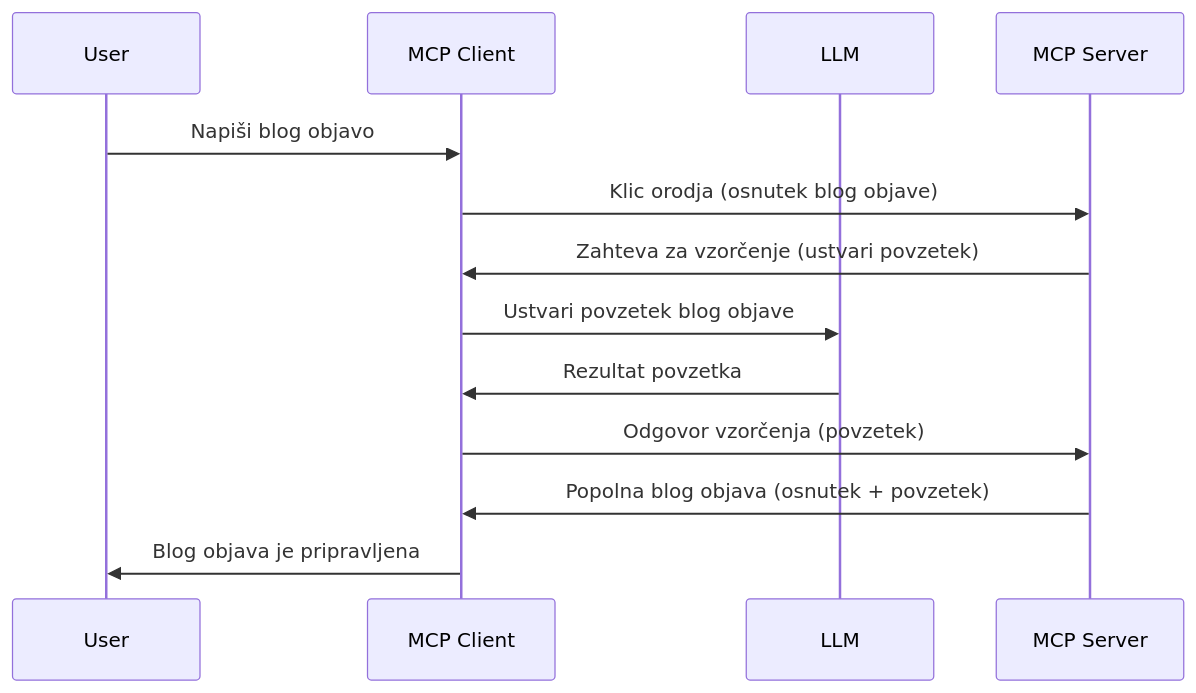
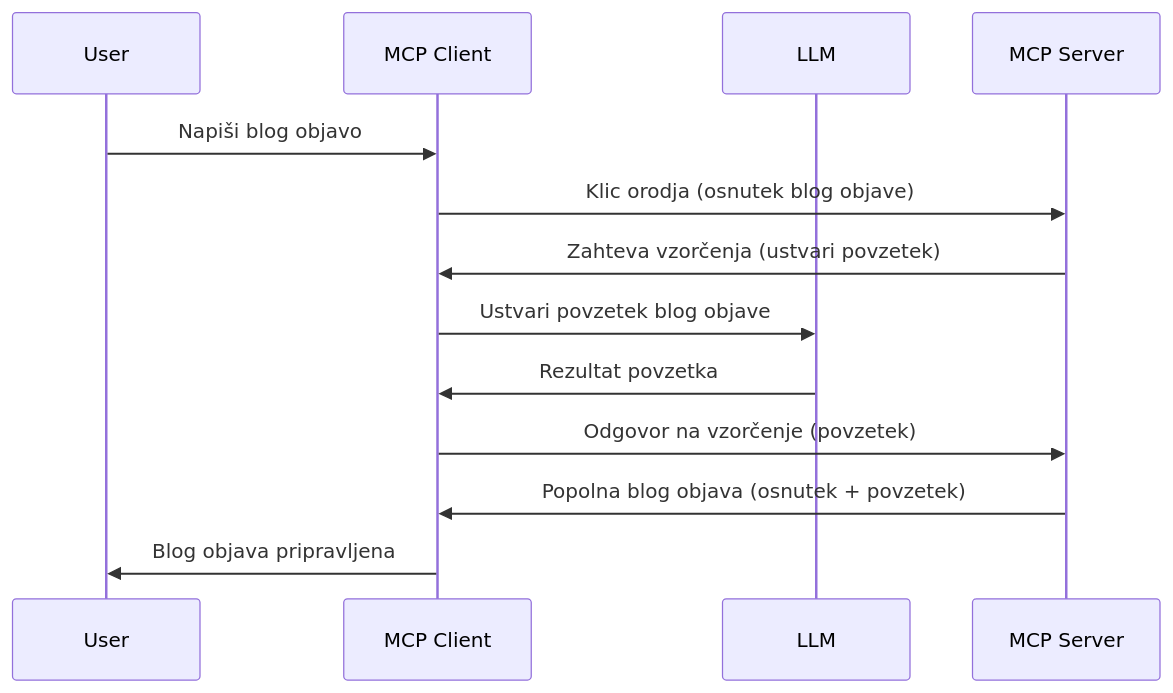
One commit to HIDORAKAI002/ai-workspace-archive changed the diagram in mcp_ecosystem__model_context_protocol/mcp_learning_resources/mcp-for-beginners/translations/sl/03-GettingStarted/14-sampling/README.md. Above: the diagram before and after it, drawn with Mermaid. The commit also changed other lines of this file and 1160 other files, not shown here.

````diff
--- a/mcp_ecosystem__model_context_protocol/mcp_learning_resources/mcp-for-beginners/translations/sl/03-GettingStarted/14-sampling/README.md
+++ b/mcp_ecosystem__model_context_protocol/mcp_learning_resources/mcp-for-beginners/translations/sl/03-GettingStarted/14-sampling/README.md
@@ -23,16 +23,16 @@
 ```mermaid
 sequenceDiagram
     participant User
     participant MCP Client
     participant LLM
     participant MCP Server
 
     User->>MCP Client: Napiši blog objavo
     MCP Client->>MCP Server: Klic orodja (osnutek blog objave)
-    MCP Server->>MCP Client: Zahteva za vzorčenje (ustvari povzetek)
+    MCP Server->>MCP Client: Zahteva vzorčenja (ustvari povzetek)
     MCP Client->>LLM: Ustvari povzetek blog objave
     LLM->>MCP Client: Rezultat povzetka
-    MCP Client->>MCP Server: Odgovor vzorčenja (povzetek)
+    MCP Client->>MCP Server: Odgovor na vzorčenje (povzetek)
     MCP Server->>MCP Client: Popolna blog objava (osnutek + povzetek)
-    MCP Client->>User: Blog objava je pripravljena
+    MCP Client->>User: Blog objava pripravljena
 ```
````
